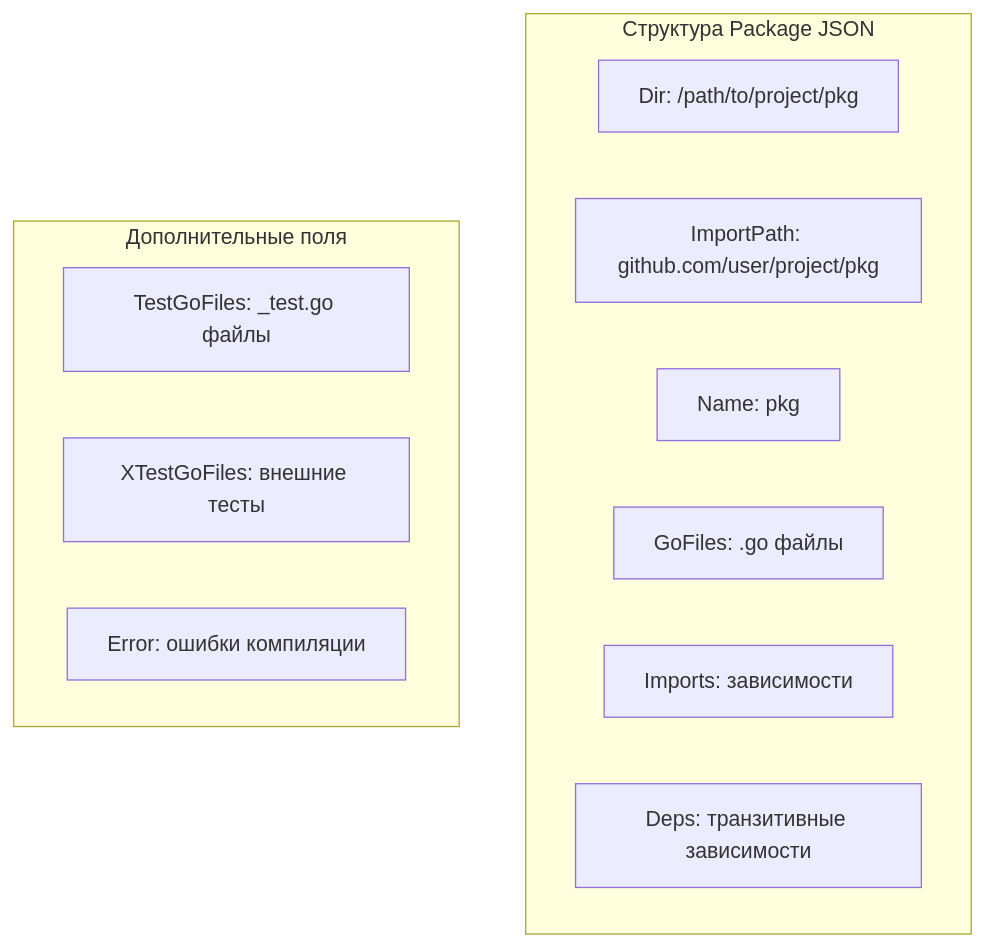
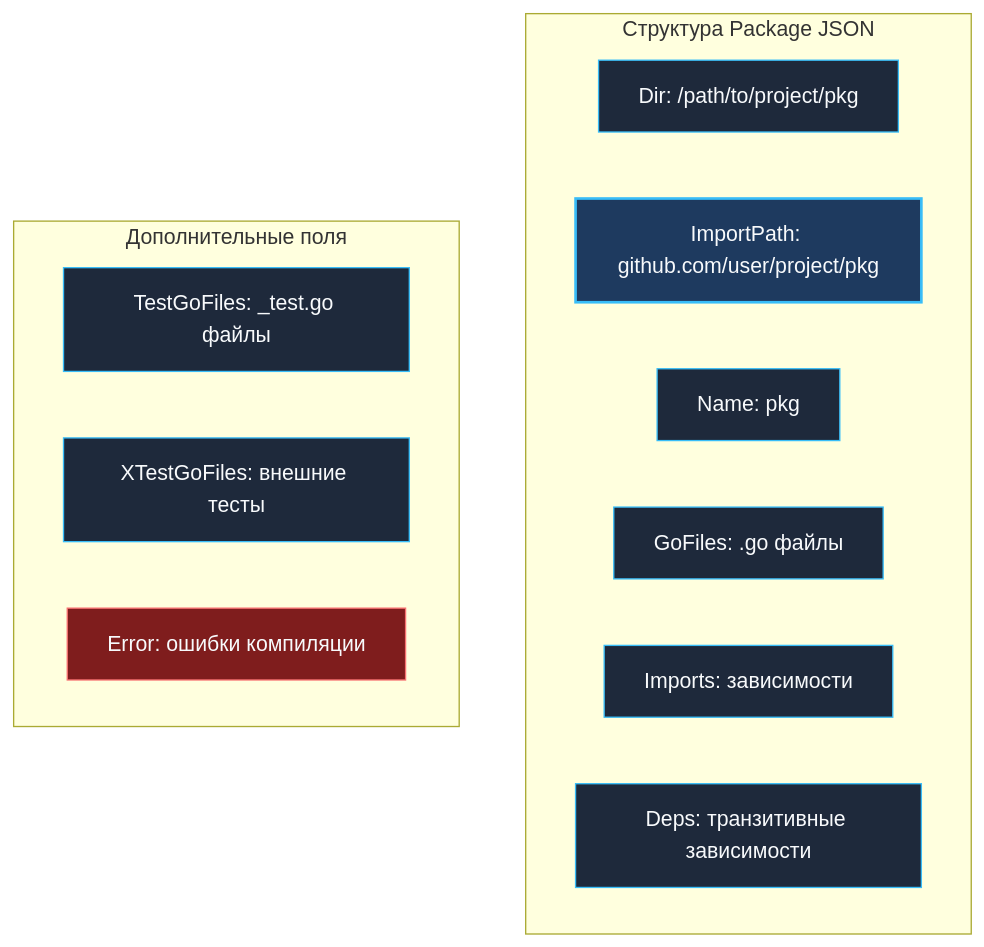
One commit to UnrealTemplier/go-textbook changed the diagram in sources/8. Инфраструктура языка, Тулинг и CI_CD/11. go list и introspection проекта.md. Above: the diagram before and after it, drawn with Mermaid. The commit also changed 1666 other files, not shown here.

First line of the commit message:
feat(mermaid): add semantic color classDef to 1369 colorless flowchart/graph diagrams

````diff
--- a/sources/8. Инфраструктура языка, Тулинг и CI_CD/11. go list и introspection проекта.md
+++ b/sources/8. Инфраструктура языка, Тулинг и CI_CD/11. go list и introspection проекта.md
@@ -20,17 +20,27 @@
 ```mermaid
 flowchart TD
+    classDef process  fill:#1e293b,stroke:#38bdf8,stroke-width:1px,color:#f8fafc
+    classDef success  fill:#064e3b,stroke:#34d399,stroke-width:1px,color:#f8fafc
+    classDef error    fill:#7f1d1d,stroke:#f87171,stroke-width:1px,color:#f8fafc
+    classDef warning  fill:#78350f,stroke:#fbbf24,stroke-width:1px,color:#f8fafc
+    classDef entry    fill:#1e3a5f,stroke:#38bdf8,stroke-width:2px,color:#f8fafc
+    classDef aux      fill:#334155,stroke:#64748b,stroke-width:1px,color:#f8fafc
+    classDef system   fill:#312e81,stroke:#a78bfa,stroke-width:1px,color:#f8fafc
+    classDef data     fill:#132d29,stroke:#2dd4bf,stroke-width:1px,color:#f8fafc
+    classDef network  fill:#881337,stroke:#fb7185,stroke-width:1px,color:#f8fafc
+    classDef accent   fill:#1e1b4b,stroke:#818cf8,stroke-width:1px,color:#f8fafc
     subgraph Output ["Структура Package JSON"]
-        Dir["Dir: /path/to/project/pkg"]
-        ImportPath["ImportPath: github.com/user/project/pkg"]
-        Name["Name: pkg"]
-        GoFiles["GoFiles: .go файлы"]
-        Imports["Imports: зависимости"]
-        Deps["Deps: транзитивные зависимости"]
+        Dir["Dir: /path/to/project/pkg"]:::process
+        ImportPath["ImportPath: github.com/user/project/pkg"]:::entry
+        Name["Name: pkg"]:::process
+        GoFiles["GoFiles: .go файлы"]:::process
+        Imports["Imports: зависимости"]:::process
+        Deps["Deps: транзитивные зависимости"]:::process
     end
     
     subgraph Advanced ["Дополнительные поля"]
-        TestGoFiles["TestGoFiles: _test.go файлы"]
-        XTestGoFiles["XTestGoFiles: внешние тесты"]
-        Error["Error: ошибки компиляции"]
+        TestGoFiles["TestGoFiles: _test.go файлы"]:::process
+        XTestGoFiles["XTestGoFiles: внешние тесты"]:::process
+        Error["Error: ошибки компиляции"]:::error
     end
 ```
````
